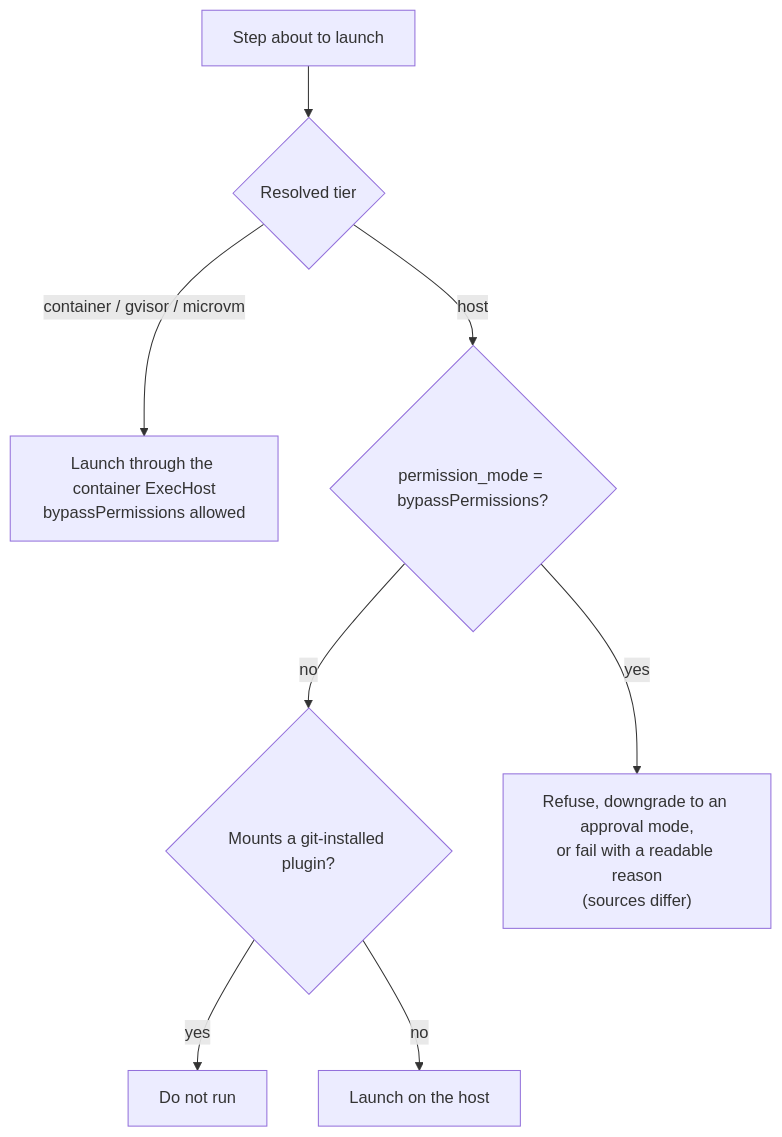
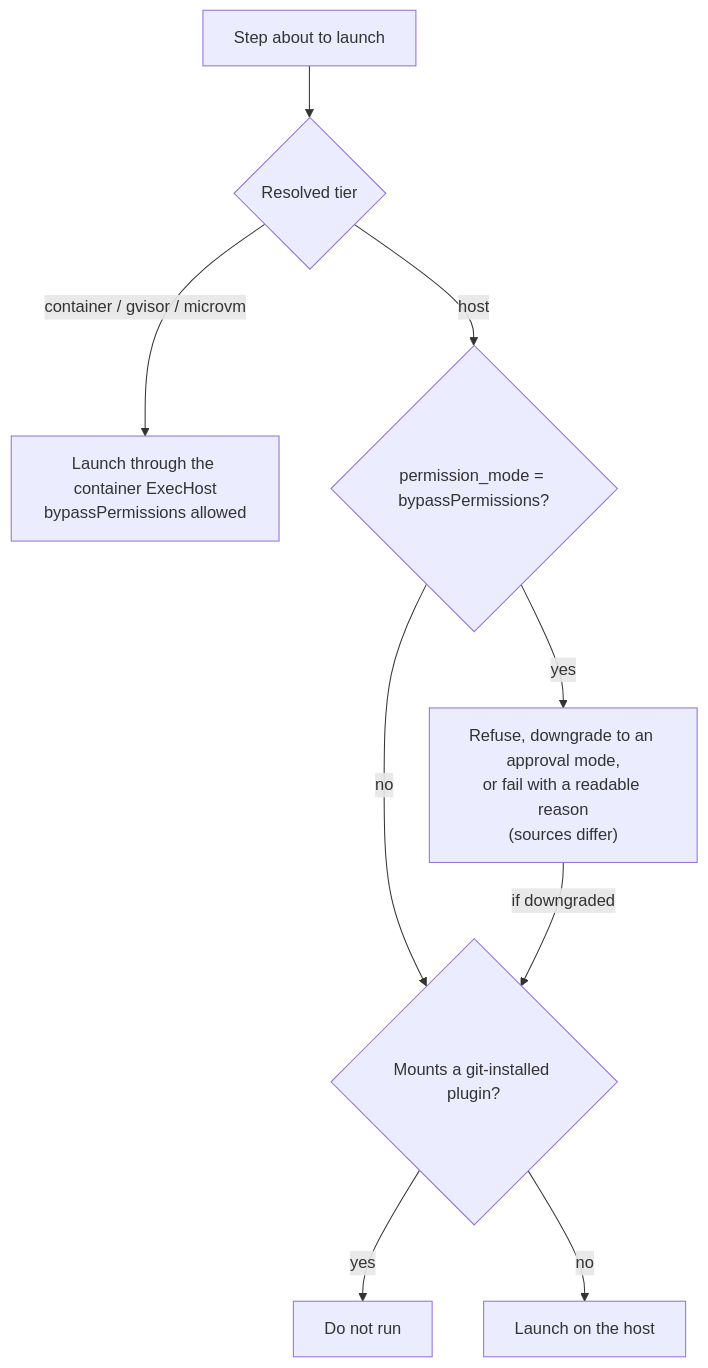
Before and after one commit to ClearCloudSoftware/flowboard: the diagram in docs/FlowBoard/Sandboxing/Permission Gate.md, drawn with Mermaid. The commit also changed other lines of this file and 24 other files, not shown here.

````diff
--- a/docs/FlowBoard/Sandboxing/Permission Gate.md
+++ b/docs/FlowBoard/Sandboxing/Permission Gate.md
@@ -14,10 +14,11 @@
 ```mermaid
 flowchart TD
   S["Step about to launch"] --> T{"Resolved tier"}
   T -->|"container / gvisor / microvm"| OK["Launch through the container ExecHost<br/>bypassPermissions allowed"]
   T -->|"host"| P{"permission_mode = bypassPermissions?"}
   P -->|"no"| G{"Mounts a git-installed plugin?"}
   P -->|"yes"| D["Refuse, downgrade to an approval mode,<br/>or fail with a readable reason<br/>(sources differ)"]
   G -->|"yes"| F["Do not run"]
   G -->|"no"| H["Launch on the host"]
+  D -->|"if downgraded"| G
 ```
````
